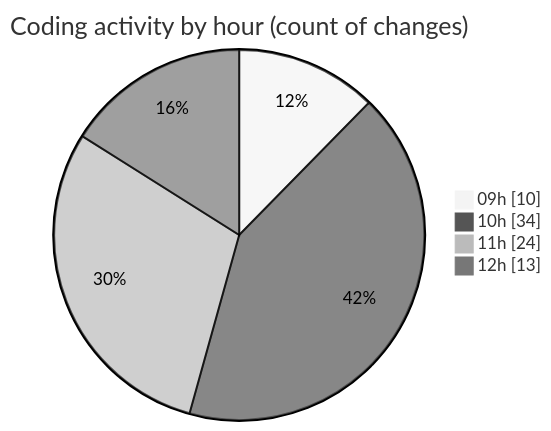
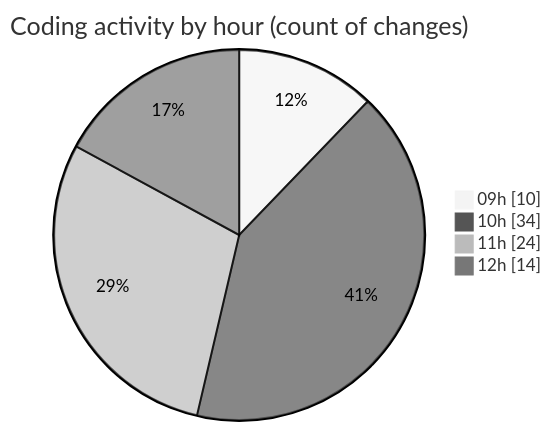
Before and after one commit to momahboobian/code-tracking: the second of 2 diagrams in 2025-09-02/cda/README.md, drawn with Mermaid (neutral theme). The commit also changed other lines of this file and 1 other file, not shown here.

````diff
--- a/2025-09-02/cda/README.md
+++ b/2025-09-02/cda/README.md
@@ -37,8 +37,8 @@
 ```mermaid
 pie showData
 title Coding activity by hour (count of changes)
 "09h" : 10
 "10h" : 34
 "11h" : 24
-"12h" : 13
+"12h" : 14
 ```
````
